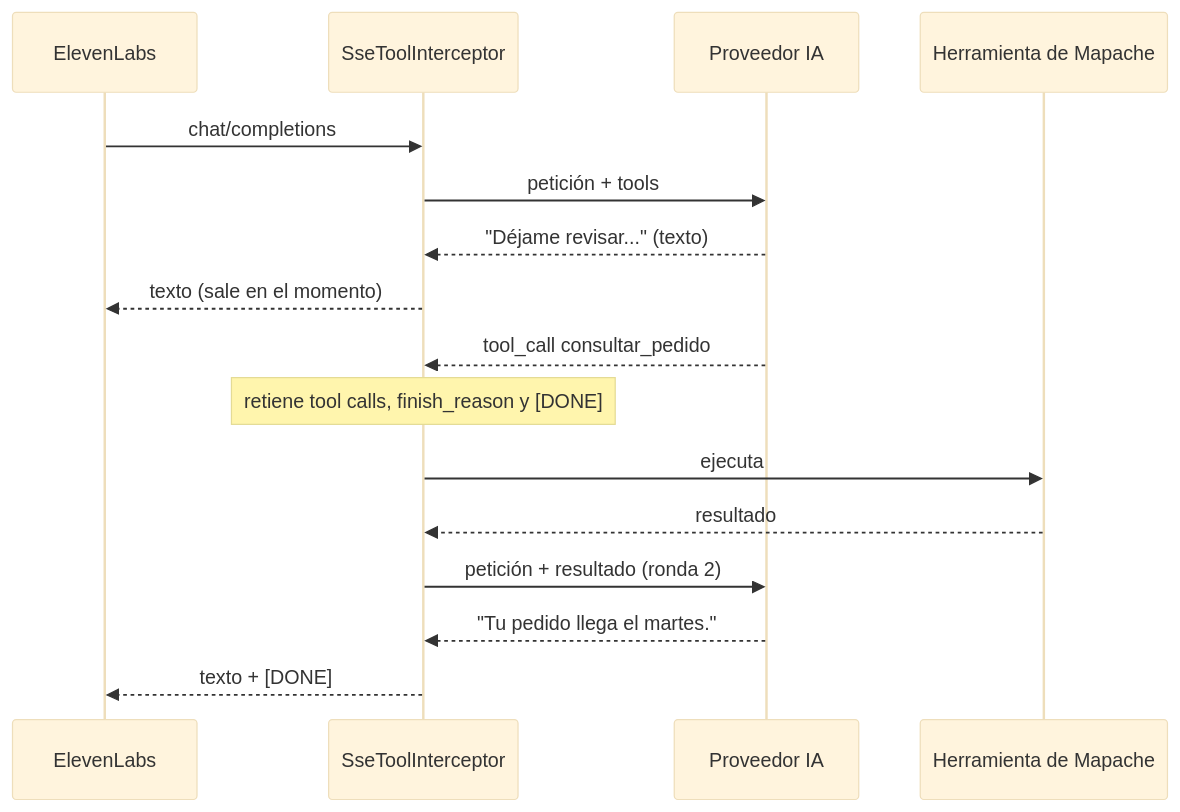
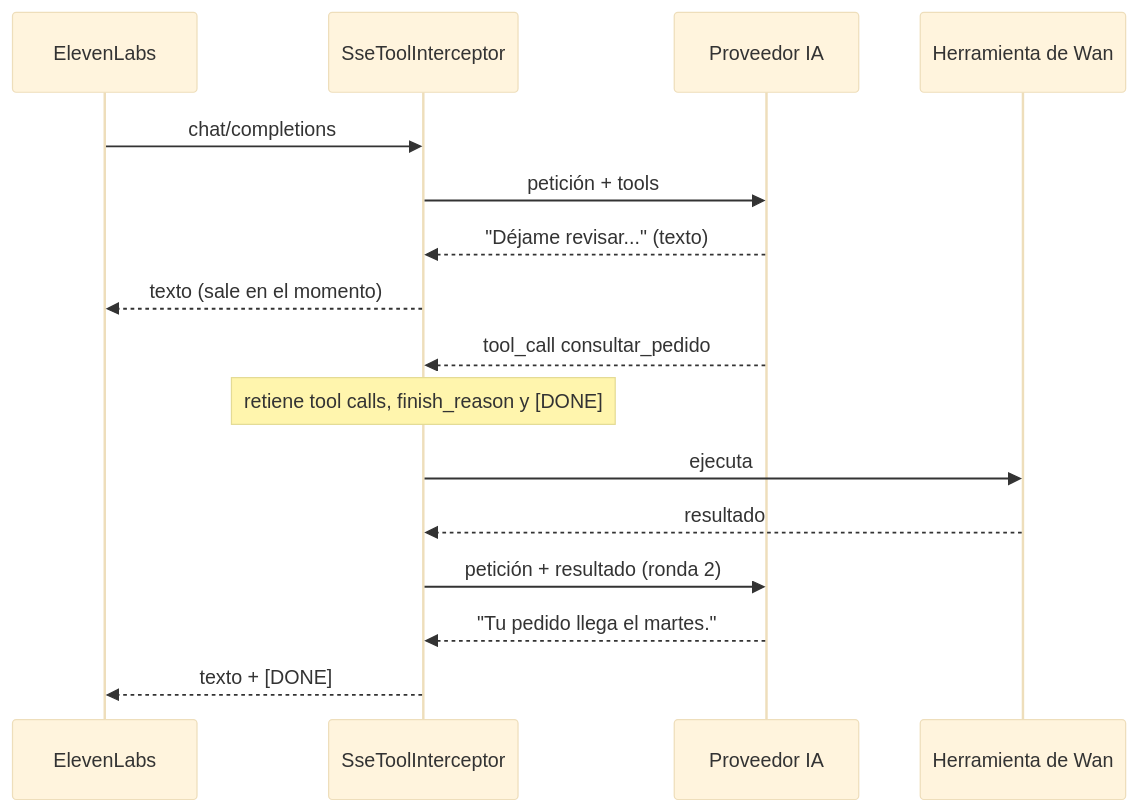
Before and after one commit to stevengazo/Wan-API: the second of 2 diagrams in docs/llm.md, drawn with Mermaid (base theme). The commit also changed other lines of this file and 218 other files, not shown here.

````diff
--- a/docs/llm.md
+++ b/docs/llm.md
@@ -59,19 +59,19 @@
 ```mermaid
 sequenceDiagram
     participant E as ElevenLabs
     participant I as SseToolInterceptor
     participant A as Proveedor IA
-    participant T as Herramienta de Mapache
+    participant T as Herramienta de Wan
 
     E->>I: chat/completions
     I->>A: petición + tools
     A-->>I: "Déjame revisar..." (texto)
     I-->>E: texto (sale en el momento)
     A-->>I: tool_call consultar_pedido
     Note over I: retiene tool calls, finish_reason y [DONE]
     I->>T: ejecuta
     T-->>I: resultado
     I->>A: petición + resultado (ronda 2)
     A-->>I: "Tu pedido llega el martes."
     I-->>E: texto + [DONE]
 ```
````
